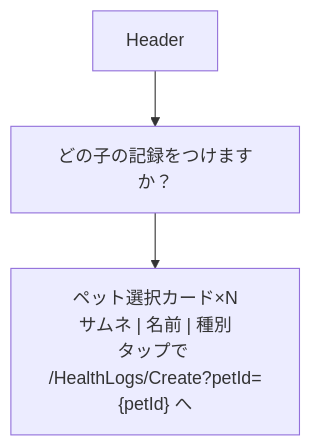
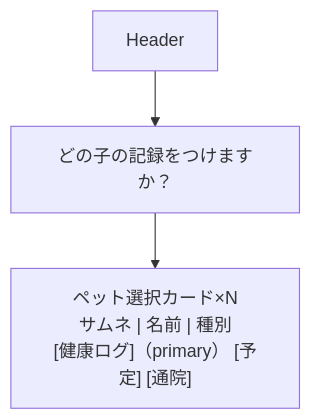
Before and after one commit to Cat5Dog2/PetHealthManagement: diagram 12 of 24 in docs/ui-wireframe.md, drawn with Mermaid. The commit also changed other lines of this file and 38 other files, not shown here.

````diff
--- a/docs/ui-wireframe.md
+++ b/docs/ui-wireframe.md
@@ -219,8 +221,8 @@
 ```mermaid
 flowchart TB
   Header["Header"]
   Title["どの子の記録をつけますか？"]
-  List["ペット選択カード×N<br/>サムネ | 名前 | 種別<br/>タップで /HealthLogs/Create?petId={petId} へ"]
+  List["ペット選択カード×N<br/>サムネ | 名前 | 種別<br/>[健康ログ]（primary） [予定] [通院]"]
 
   Header --> Title --> List
 ```
````
